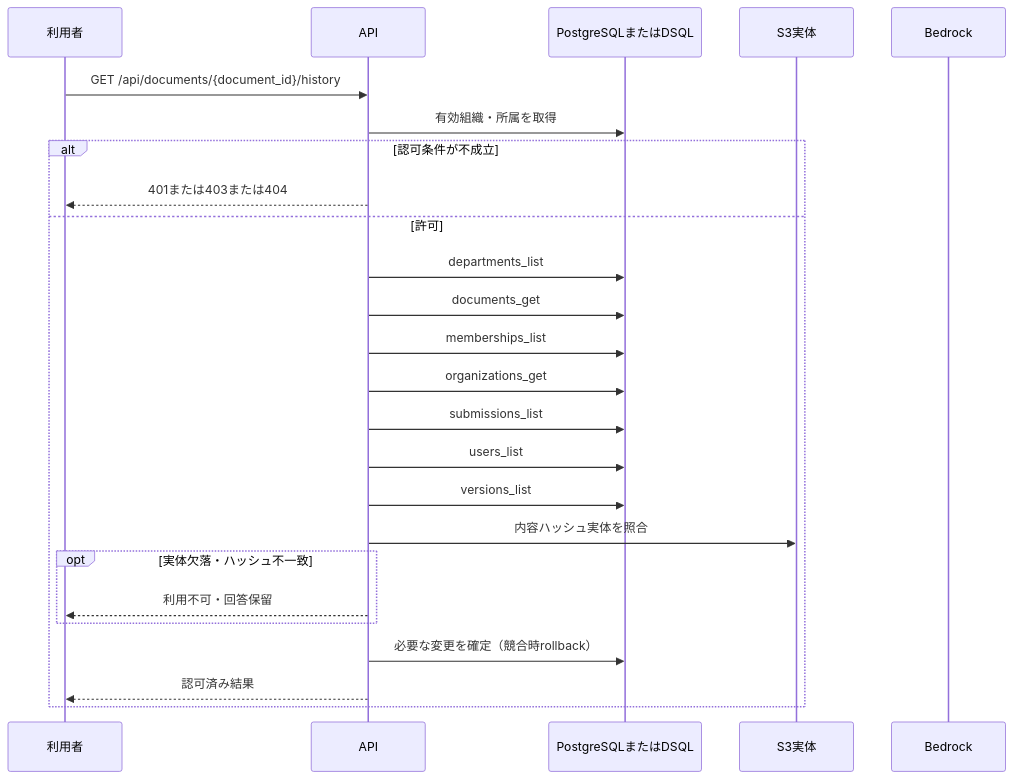
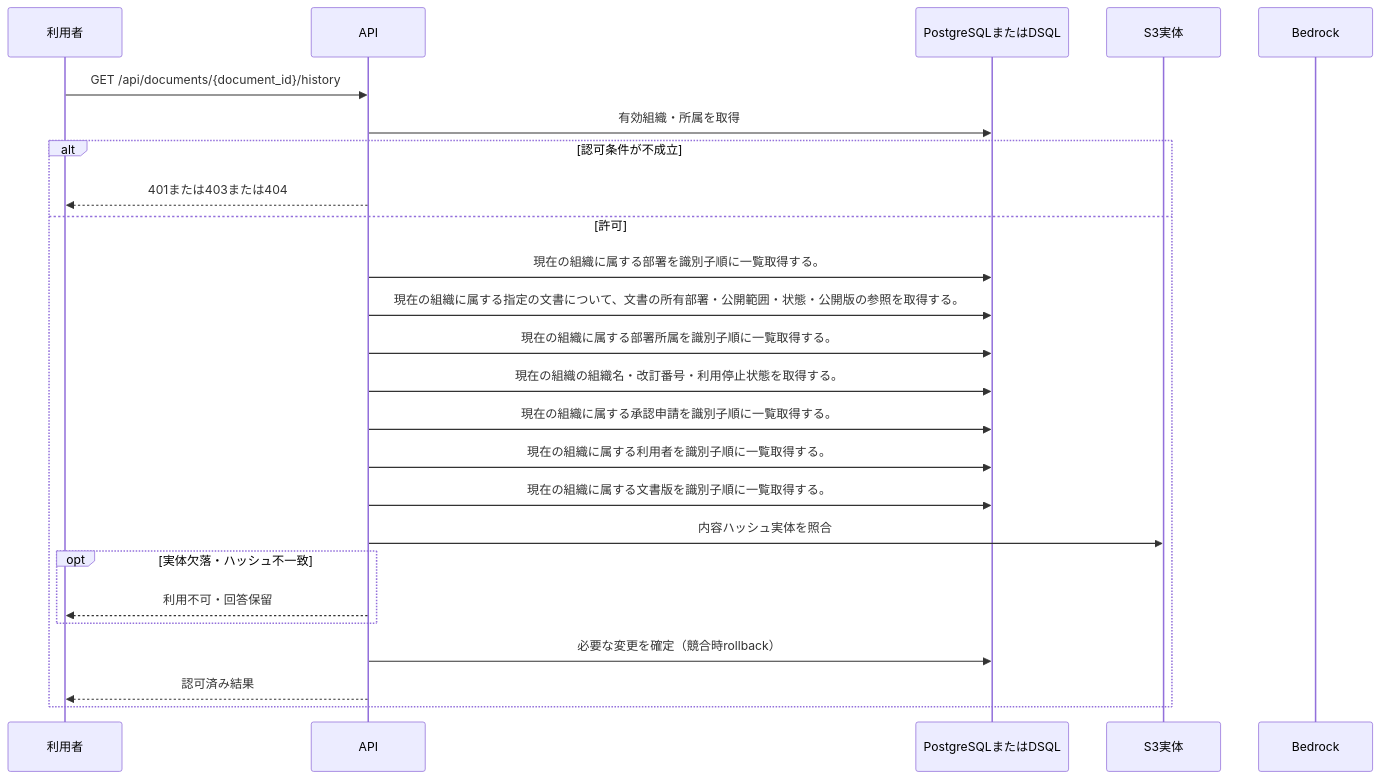
The diagram in docs/design/generated/api/documents/version_history/sequence.md (tsuji-tomonori/KotoRelay), drawn with Mermaid before and after one commit. The commit also changed other lines of this file and 286 other files, not shown here.

````diff
--- a/docs/design/generated/api/documents/version_history/sequence.md
+++ b/docs/design/generated/api/documents/version_history/sequence.md
@@ -7,27 +7,27 @@
 ```mermaid
 sequenceDiagram
     participant U as 利用者
     participant A as API
     participant D as PostgreSQLまたはDSQL
     participant S as S3実体
     participant M as Bedrock
     U->>A: GET /api/documents/{document_id}/history
     A->>D: 有効組織・所属を取得
     alt 認可条件が不成立
         A-->>U: 401または403または404
     else 許可
-        A->>D: departments_list
-        A->>D: documents_get
-        A->>D: memberships_list
-        A->>D: organizations_get
-        A->>D: submissions_list
-        A->>D: users_list
-        A->>D: versions_list
+        A->>D: 現在の組織に属する部署を識別子順に一覧取得する。
+        A->>D: 現在の組織に属する指定の文書について、文書の所有部署・公開範囲・状態・公開版の参照を取得する。
+        A->>D: 現在の組織に属する部署所属を識別子順に一覧取得する。
+        A->>D: 現在の組織の組織名・改訂番号・利用停止状態を取得する。
+        A->>D: 現在の組織に属する承認申請を識別子順に一覧取得する。
+        A->>D: 現在の組織に属する利用者を識別子順に一覧取得する。
+        A->>D: 現在の組織に属する文書版を識別子順に一覧取得する。
         A->>S: 内容ハッシュ実体を照合
         opt 実体欠落・ハッシュ不一致
             A-->>U: 利用不可・回答保留
         end
         A->>D: 必要な変更を確定（競合時rollback）
         A-->>U: 認可済み結果
     end
 ```
````
